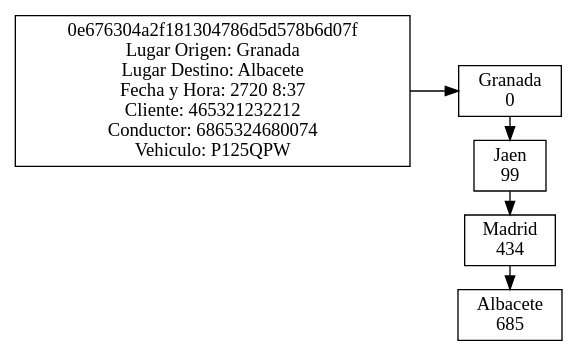
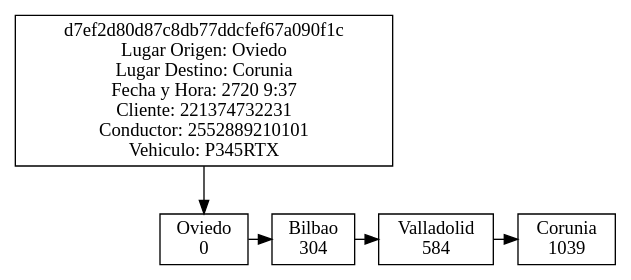
The diagram in R_Ruta.dot (EmBarillasA94/EDD_PROYECTO2_JUNIO_201503741), drawn with Graphviz before and after one commit. The commit also changed 12 other files, not shown here.

```diff
--- a/R_Ruta.dot
+++ b/R_Ruta.dot
@@ -1,19 +1,19 @@
 digraph BlockChain{ 
 node[shape=box]; 
-rankdir = LR; 
+rankdir = TB; 
 
-"28040687"[label = "0e676304a2f181304786d5d578b6d07f&#92;nLugar Origen: Granada&#92;nLugar Destino: Albacete&#92;nFecha y Hora: 2720 8:37&#92;nCliente: 465321232212&#92;nConductor: 6865324680074&#92;nVehiculo: P125QPW"] 
+"19040312"[label = "d7ef2d80d87c8db77ddcfef67a090f1c&#92;nLugar Origen: Oviedo&#92;nLugar Destino: Corunia&#92;nFecha y Hora: 2720 9:37&#92;nCliente: 221374732231&#92;nConductor: 2552889210101&#92;nVehiculo: P345RTX"] 
 
-subgraph ruta_28040687{ 
+subgraph ruta_19040312{ 
 rank=same; 
-"Granada_28040687"[label="Granada&#92;n0"]; 
-"Jaen_28040687"[label="Jaen&#92;n99"]; 
-"Madrid_28040687"[label="Madrid&#92;n434"]; 
-"Albacete_28040687"[label="Albacete&#92;n685"]; 
+"Oviedo_19040312"[label="Oviedo&#92;n0"]; 
+"Bilbao_19040312"[label="Bilbao&#92;n304"]; 
+"Valladolid_19040312"[label="Valladolid&#92;n584"]; 
+"Corunia_19040312"[label="Corunia&#92;n1039"]; 
 
-"Granada_28040687"->"Jaen_28040687"; 
-"Jaen_28040687"->"Madrid_28040687"; 
-"Madrid_28040687"->"Albacete_28040687"; 
+"Oviedo_19040312"->"Bilbao_19040312"; 
+"Bilbao_19040312"->"Valladolid_19040312"; 
+"Valladolid_19040312"->"Corunia_19040312"; 
 }
-"28040687"->"Granada_28040687"; 
+"19040312"->"Oviedo_19040312"; 
 }
```
